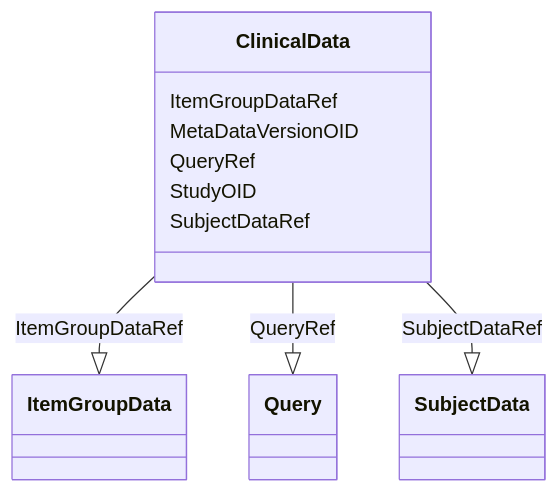
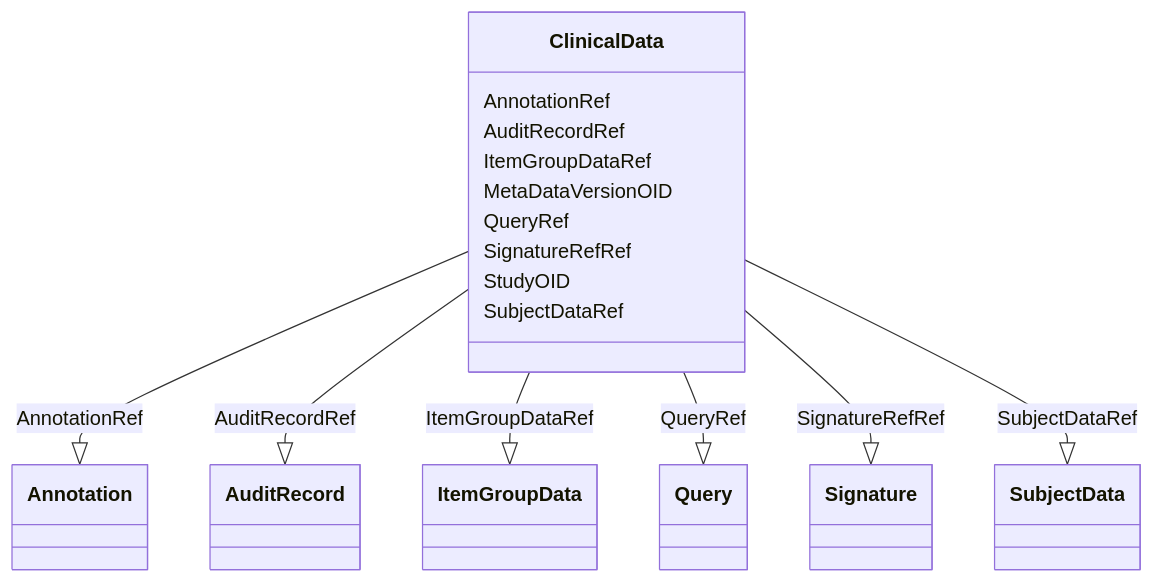
One commit to cdisc-org/DataExchange-ODM-LinkML changed the diagram in docs/ClinicalData.md. Above: the diagram before and after it, drawn with Mermaid. The commit also changed other lines of this file and 398 other files, not shown here.

Commit message:
refreshing for latest updates to schema

````diff
--- a/docs/ClinicalData.md
+++ b/docs/ClinicalData.md
@@ -9,21 +9,33 @@
 ```mermaid
  classDiagram
     class ClinicalData
+      ClinicalData : AnnotationRef
+        
+          ClinicalData --|> Annotation : AnnotationRef
+        
+      ClinicalData : AuditRecordRef
+        
+          ClinicalData --|> AuditRecord : AuditRecordRef
+        
       ClinicalData : ItemGroupDataRef
         
           ClinicalData --|> ItemGroupData : ItemGroupDataRef
         
       ClinicalData : MetaDataVersionOID
         
       ClinicalData : QueryRef
         
           ClinicalData --|> Query : QueryRef
         
+      ClinicalData : SignatureRefRef
+        
+          ClinicalData --|> Signature : SignatureRefRef
+        
       ClinicalData : StudyOID
         
       ClinicalData : SubjectDataRef
         
           ClinicalData --|> SubjectData : SubjectDataRef
         
       
 ```
````
